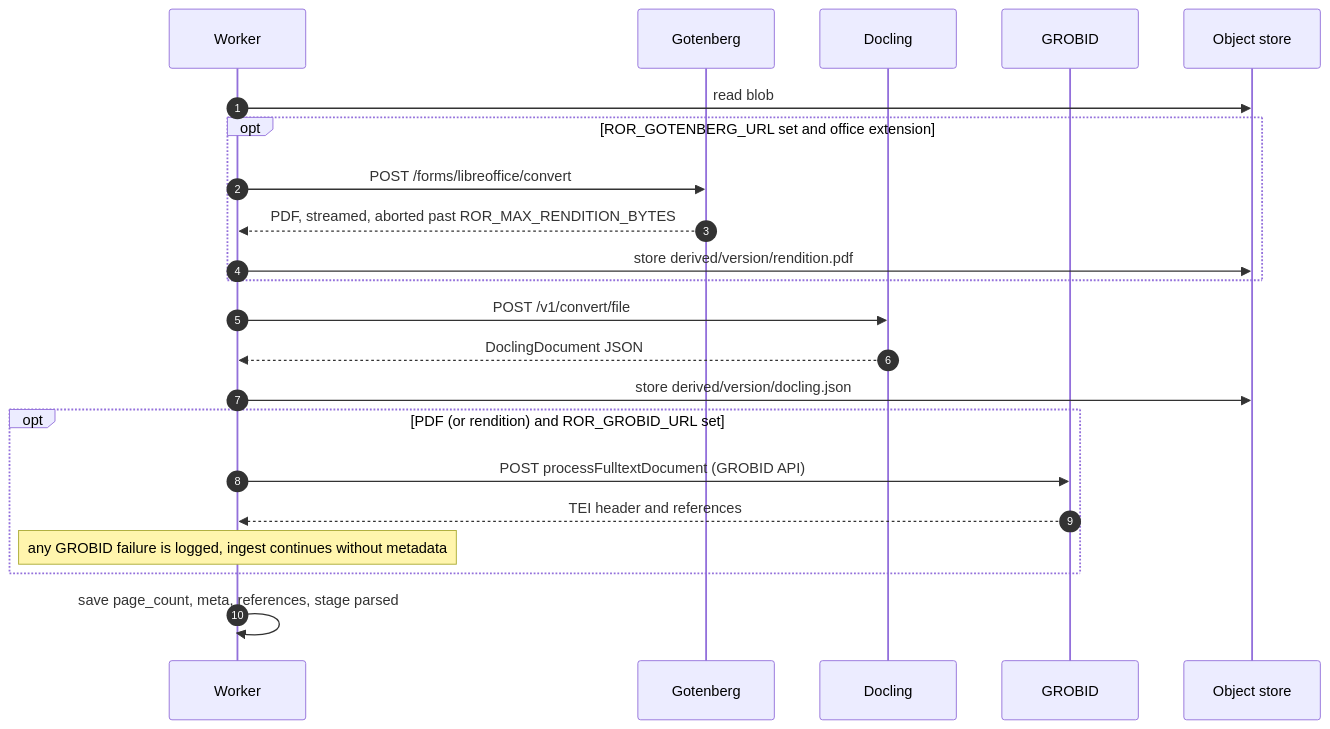
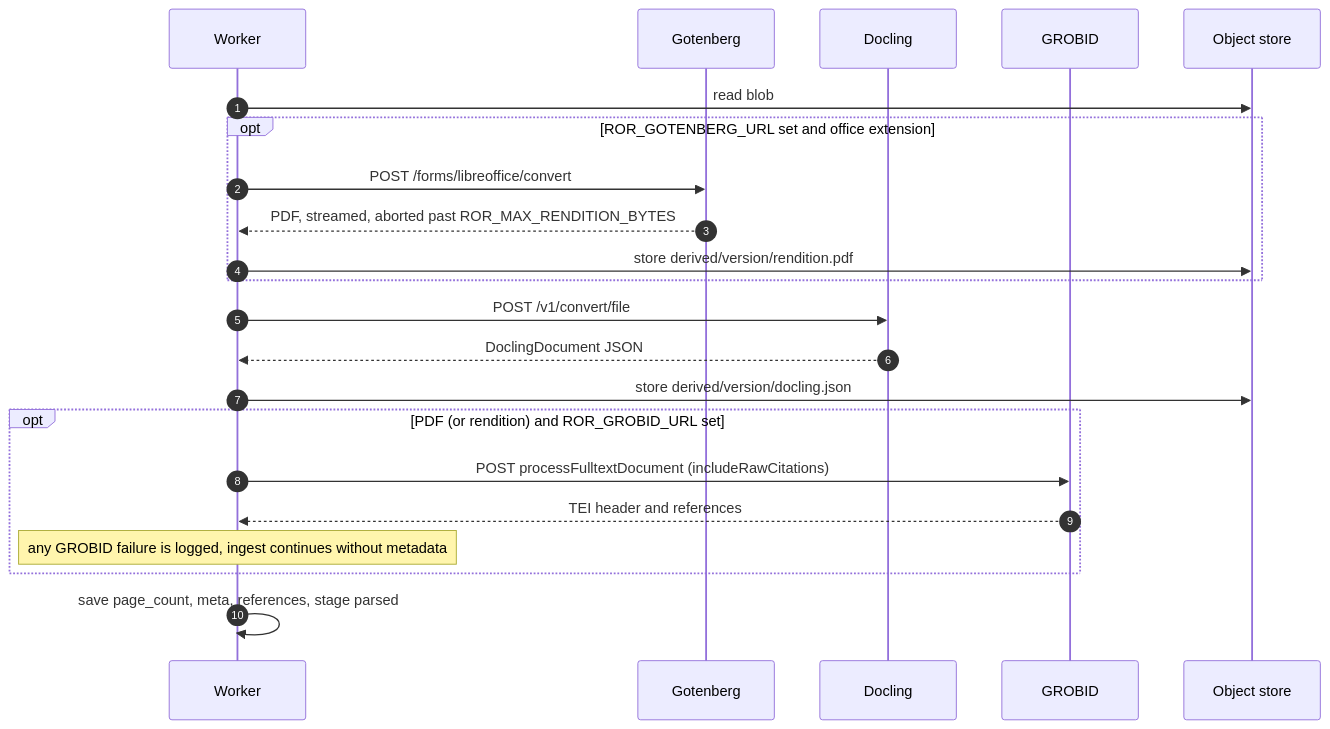
One commit to sgtslaughta/roracle changed the sixth of 12 diagrams in docs/architecture/ingest.md. Above: the diagram before and after it, drawn with Mermaid. The commit also changed other lines of this file and 5 other files, not shown here.

````diff
--- a/docs/architecture/ingest.md
+++ b/docs/architecture/ingest.md
@@ -174,24 +175,24 @@
 ```mermaid
 sequenceDiagram
   autonumber
   participant W as Worker
   participant G as Gotenberg
   participant D as Docling
   participant R as GROBID
   participant S as Object store
   W->>S: read blob
   opt ROR_GOTENBERG_URL set and office extension
     W->>G: POST /forms/libreoffice/convert
     G-->>W: PDF, streamed, aborted past ROR_MAX_RENDITION_BYTES
     W->>S: store derived/version/rendition.pdf
   end
   W->>D: POST /v1/convert/file
   D-->>W: DoclingDocument JSON
   W->>S: store derived/version/docling.json
   opt PDF (or rendition) and ROR_GROBID_URL set
-    W->>R: POST processFulltextDocument (GROBID API)
+    W->>R: POST processFulltextDocument (includeRawCitations)
     R-->>W: TEI header and references
     Note over W: any GROBID failure is logged, ingest continues without metadata
   end
   W->>W: save page_count, meta, references, stage parsed
 ```
````
